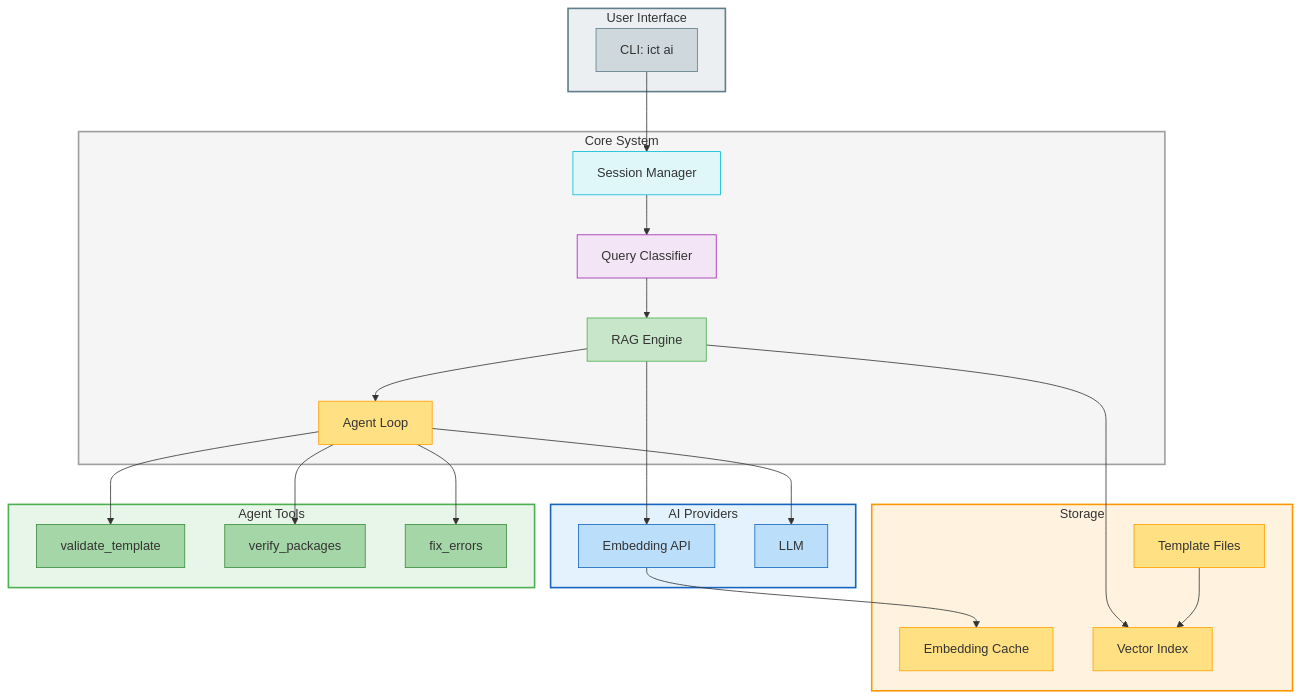
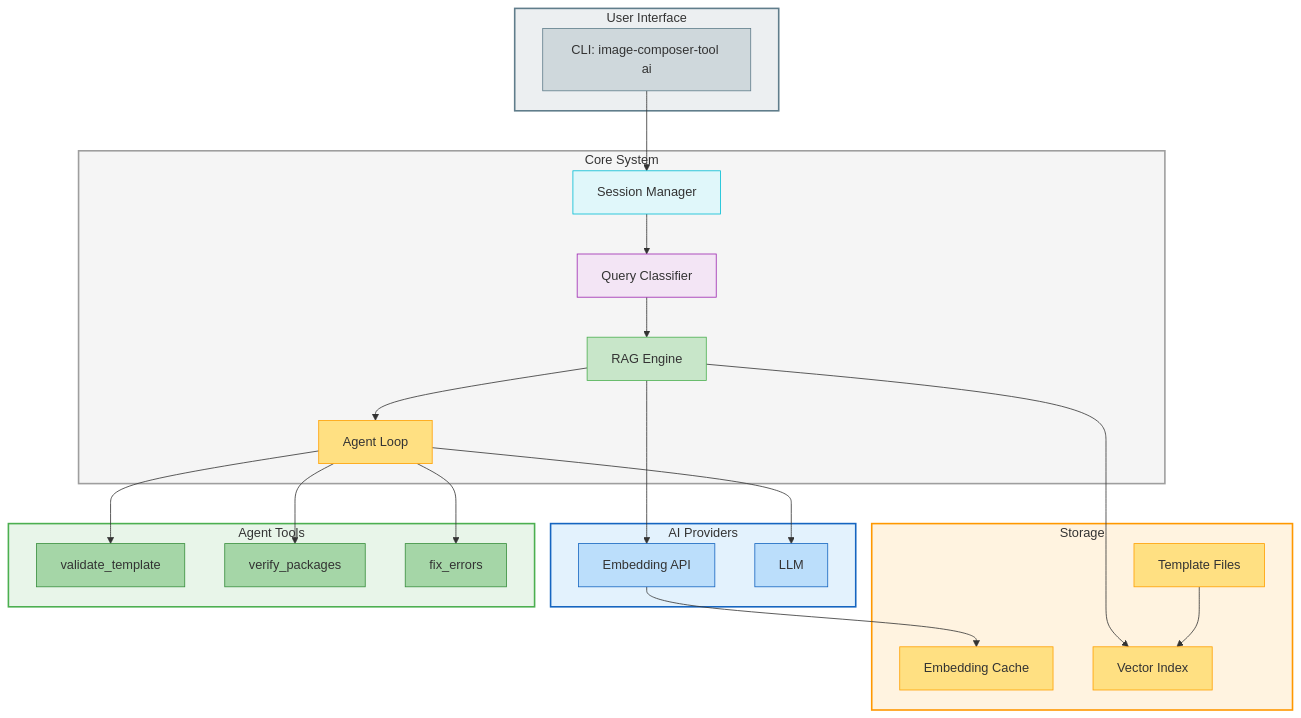
One commit to open-edge-platform/image-composer-tool changed the first of 10 diagrams in docs/architecture/adr-template-enriched-rag.md. Above: the diagram before and after it, drawn with Mermaid. The commit also changed other lines of this file and 212 other files, not shown here.

First line of the commit message:
refactor: rename ict to image-composer-tool per review feedback

````diff
--- a/docs/architecture/adr-template-enriched-rag.md
+++ b/docs/architecture/adr-template-enriched-rag.md
@@ -123,63 +123,63 @@
 ```mermaid
 flowchart TB
     subgraph UI["User Interface"]
-        CLI[CLI: ict ai]
+        CLI[CLI: image-composer-tool ai]
     end
     
     subgraph Core["Core System"]
         SM[Session Manager]
         QC[Query Classifier]
         RAG[RAG Engine]
         AL[Agent Loop]
     end
     
     subgraph AI["AI Providers"]
         EMB[Embedding API]
         LLM[LLM]
     end
     
     subgraph Storage["Storage"]
         TPL[Template Files]
         CACHE[Embedding Cache]
         IDX[Vector Index]
     end
     
     subgraph Tools["Agent Tools"]
         VAL[validate_template]
         VER[verify_packages]
         FIX[fix_errors]
     end
     
     CLI --> SM
     SM --> QC
     QC --> RAG
     RAG --> AL
     AL --> LLM
     RAG --> EMB
     RAG --> IDX
     EMB --> CACHE
     TPL --> IDX
     AL --> VAL
     AL --> VER
     AL --> FIX
 
     style UI fill:#ECEFF1,stroke:#607D8B,stroke-width:2px
     style Core fill:#F5F5F5,stroke:#9E9E9E,stroke-width:2px
     style AI fill:#E3F2FD,stroke:#1565C0,stroke-width:2px
     style Storage fill:#FFF3E0,stroke:#FF9800,stroke-width:2px
     style Tools fill:#E8F5E9,stroke:#4CAF50,stroke-width:2px
     
     style CLI fill:#CFD8DC,stroke:#607D8B
     style SM fill:#E0F7FA,stroke:#00BCD4
     style QC fill:#F3E5F5,stroke:#9C27B0
     style RAG fill:#C8E6C9,stroke:#4CAF50
     style AL fill:#FFE082,stroke:#FFA000
     style EMB fill:#BBDEFB,stroke:#1565C0
     style LLM fill:#BBDEFB,stroke:#1565C0
     style TPL fill:#FFE082,stroke:#FFA000
     style CACHE fill:#FFE082,stroke:#FFA000
     style IDX fill:#FFE082,stroke:#FFA000
     style VAL fill:#A5D6A7,stroke:#388E3C
     style VER fill:#A5D6A7,stroke:#388E3C
     style FIX fill:#A5D6A7,stroke:#388E3C
 ```
````
